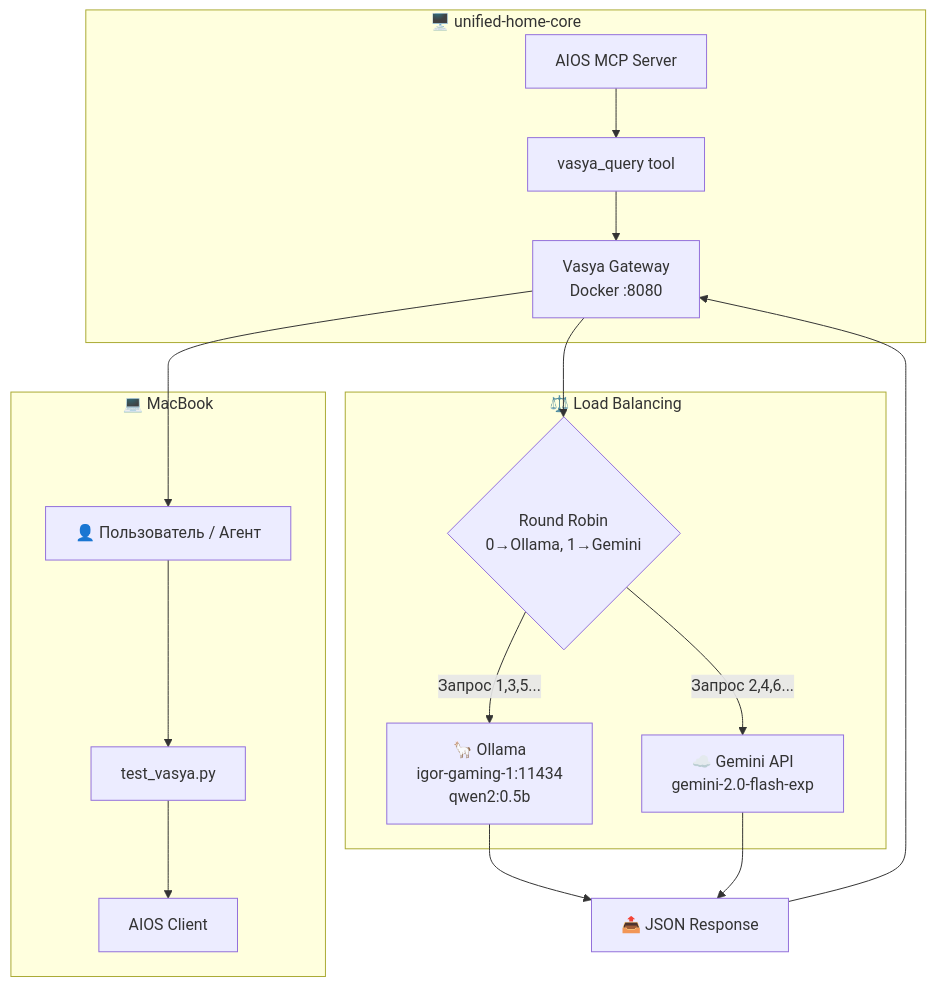
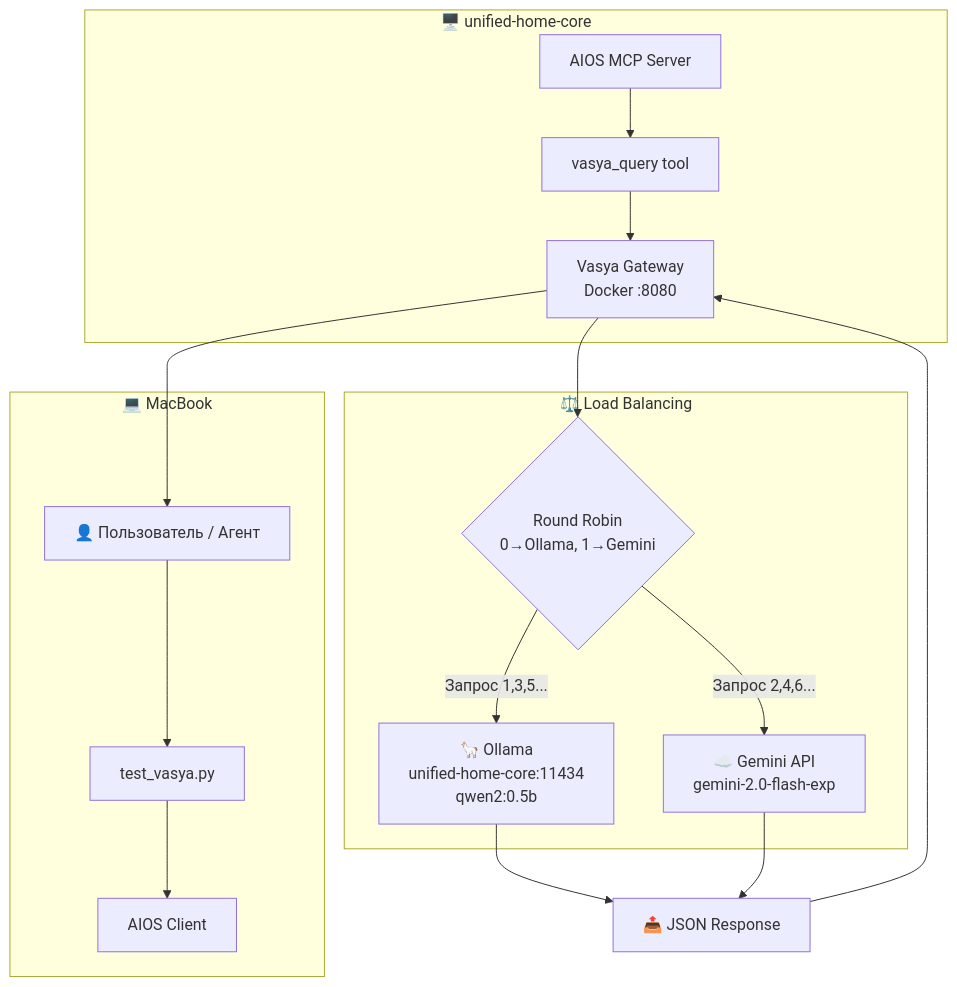
The diagram in Agent_Context/Knowledge_Base/Docs/VASYA_GATEWAY.md (Gonya990/Unified_System_Core), drawn with Mermaid before and after one commit. The commit also changed other lines of this file and 294 other files, not shown here.

````diff
--- a/Agent_Context/Knowledge_Base/Docs/VASYA_GATEWAY.md
+++ b/Agent_Context/Knowledge_Base/Docs/VASYA_GATEWAY.md
@@ -9,23 +9,23 @@
 ```mermaid
 flowchart TD
     subgraph MacBook["💻 MacBook"]
         A[👤 Пользователь / Агент] --> B[test_vasya.py]
         B --> C[AIOS Client]
     end
     
     subgraph UHC["🖥️ unified-home-core"]
         D[AIOS MCP Server] --> E[vasya_query tool]
         E --> F[Vasya Gateway<br/>Docker :8080]
     end
     
-    subgraph LB["⚖️ Load Balancing"]
-        F --> G{Round Robin<br/>0→Ollama, 1→Gemini}
-        G -->|Запрос 1,3,5...| H[🦙 Ollama<br/>igor-gaming-1:11434<br/>qwen2:0.5b]
-        G -->|Запрос 2,4,6...| I[☁️ Gemini API<br/>gemini-2.0-flash-exp]
+     subgraph LB["⚖️ Load Balancing"]
+         F --> G{Round Robin<br/>0→Ollama, 1→Gemini}
+         G -->|Запрос 1,3,5...| H[🦙 Ollama<br/>unified-home-core:11434<br/>qwen2:0.5b]
+         G -->|Запрос 2,4,6...| I[☁️ Gemini API<br/>gemini-2.0-flash-exp]
     end
     
     H --> J[📤 JSON Response]
     I --> J
     J --> F
     F --> A
 ```
````
